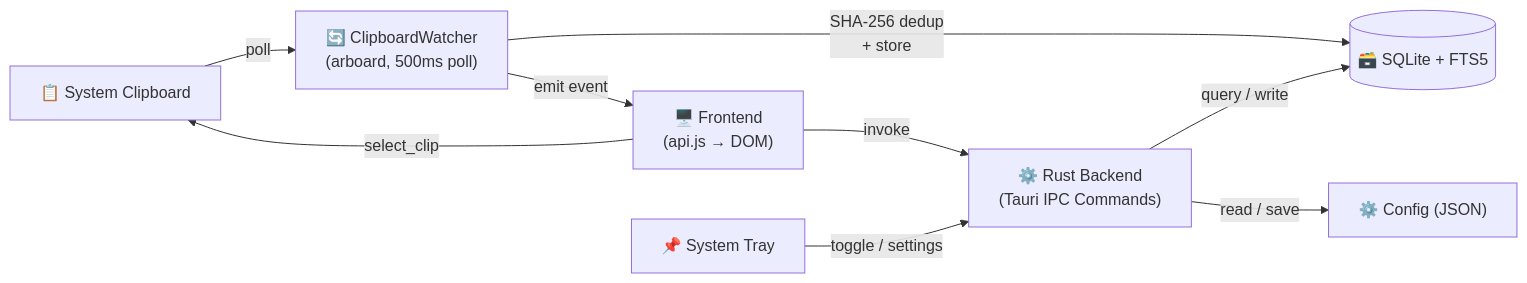
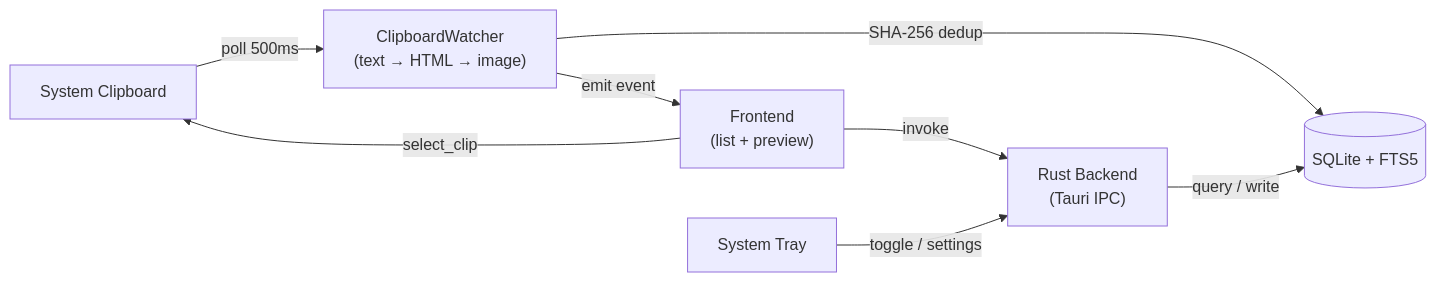
One commit to 51hhh/Clippy changed the diagram in README.md. Above: the diagram before and after it, drawn with Mermaid. The commit also changed other lines of this file and 14 other files, not shown here.

Commit message:
v0.1.10: 修复缓存/竞态/预览通知 bug，重写 README 添加截图

````diff
--- a/README.md
+++ b/README.md
@@ -95,19 +107,17 @@
 ```mermaid
 flowchart LR
-    CB["📋 System Clipboard"]
-    CW["🔄 ClipboardWatcher\n(arboard, 500ms poll)"]
-    DB[("🗃️ SQLite + FTS5")]
-    BE["⚙️ Rust Backend\n(Tauri IPC Commands)"]
-    FE["🖥️ Frontend\n(api.js → DOM)"]
-    TRAY["📌 System Tray"]
-    CFG["⚙️ Config (JSON)"]
+    CB["System Clipboard"]
+    CW["ClipboardWatcher\n(text → HTML → image)"]
+    DB[("SQLite + FTS5")]
+    BE["Rust Backend\n(Tauri IPC)"]
+    FE["Frontend\n(list + preview)"]
+    TRAY["System Tray"]
 
-    CB -- "poll" --> CW
-    CW -- "SHA-256 dedup\n+ store" --> DB
+    CB -- "poll 500ms" --> CW
+    CW -- "SHA-256 dedup" --> DB
     CW -- "emit event" --> FE
     FE -- "invoke" --> BE
     BE -- "query / write" --> DB
-    BE -- "read / save" --> CFG
     TRAY -- "toggle / settings" --> BE
     FE -- "select_clip" --> CB
 ```
````
